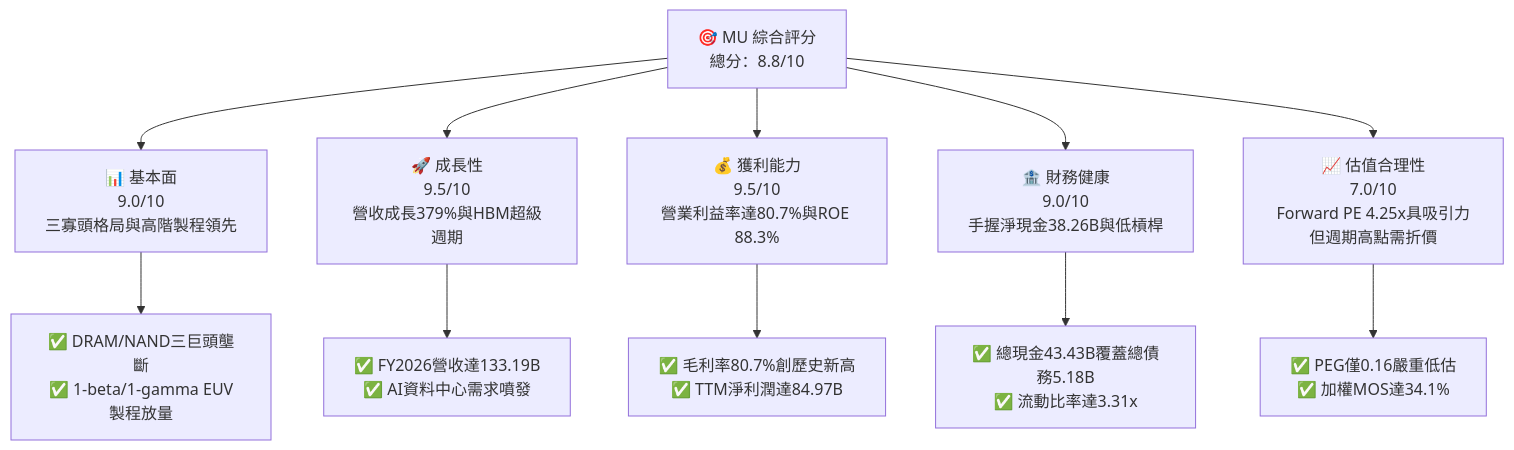
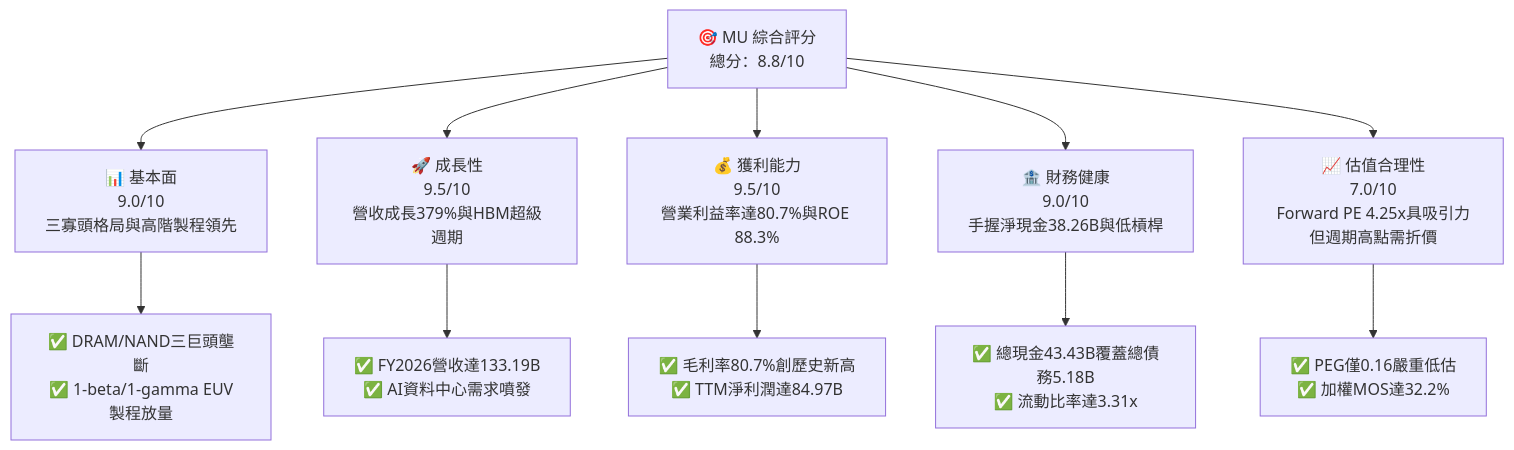
The first of 15 diagrams in ai_gen_report/fundamental/mu/fundamental_analysis_2026-10-17_gemini.md (yennanliu/finance_data), drawn with Mermaid before and after one commit. The commit also changed other lines of this file and 339 other files, not shown here.

````diff
--- a/ai_gen_report/fundamental/mu/fundamental_analysis_2026-10-17_gemini.md
+++ b/ai_gen_report/fundamental/mu/fundamental_analysis_2026-10-17_gemini.md
@@ -60,22 +67,22 @@
 ```mermaid
 graph TD
     TICKER["🎯 MU 綜合評分<br/>總分：8.8/10"]
 
     F["📊 基本面<br/>9.0/10<br/>三寡頭格局與高階製程領先"]
     G["🚀 成長性<br/>9.5/10<br/>營收成長379%與HBM超級週期"]
     P["💰 獲利能力<br/>9.5/10<br/>營業利益率達80.7%與ROE 88.3%"]
     B["🏦 財務健康<br/>9.0/10<br/>手握淨現金38.26B與低槓桿"]
     V["📈 估值合理性<br/>7.0/10<br/>Forward PE 4.25x具吸引力但週期高點需折價"]
 
     TICKER --> F
     TICKER --> G
     TICKER --> P
     TICKER --> B
     TICKER --> V
 
     F --> F1["✅ DRAM/NAND三巨頭壟斷<br/>✅ 1-beta/1-gamma EUV製程放量"]
     G --> G1["✅ FY2026營收達133.19B<br/>✅ AI資料中心需求噴發"]
     P --> P1["✅ 毛利率80.7%創歷史新高<br/>✅ TTM淨利潤達84.97B"]
     B --> B1["✅ 總現金43.43B覆蓋總債務5.18B<br/>✅ 流動比率達3.31x"]
-    V --> V1["✅ PEG僅0.16嚴重低估<br/>✅ 加權MOS達34.1%"]
+    V --> V1["✅ PEG僅0.16嚴重低估<br/>✅ 加權MOS達32.2%"]
 ```
````
